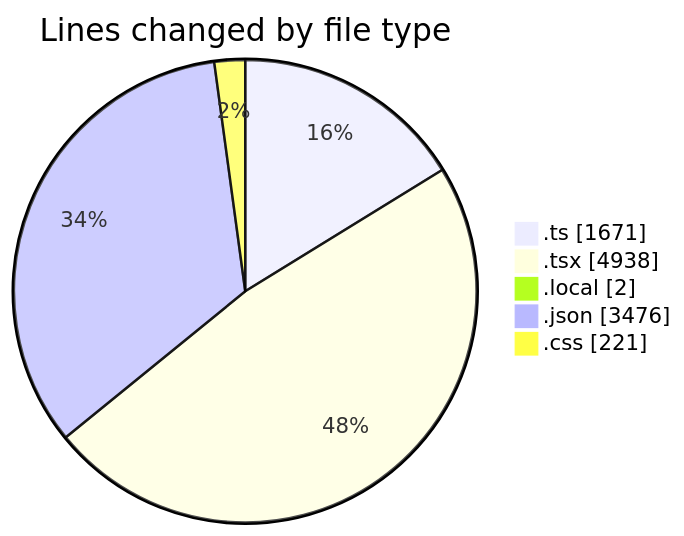
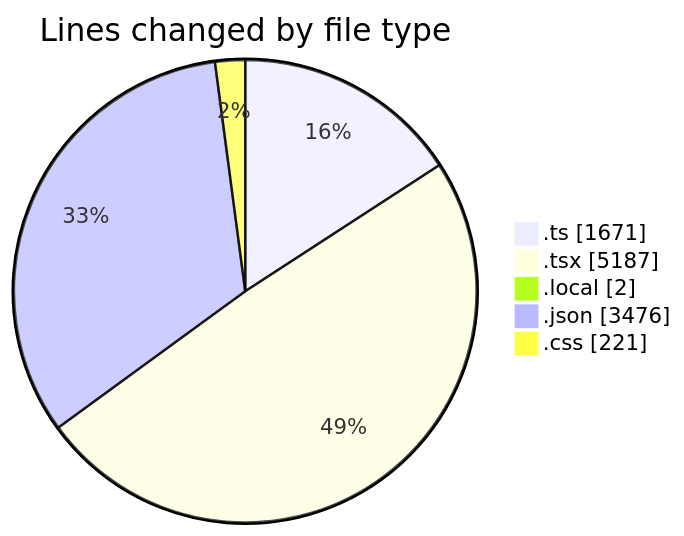
Before and after one commit to julien-gomy/code-tracking: the first of 2 diagrams in 2025-10-28/eventscop-frontend-guide__workspace_/README.md, drawn with Mermaid. The commit also changed other lines of this file and 1 other file, not shown here.

````diff
--- a/2025-10-28/eventscop-frontend-guide__workspace_/README.md
+++ b/2025-10-28/eventscop-frontend-guide__workspace_/README.md
@@ -58,9 +58,9 @@
 ```mermaid
 pie showData
 title Lines changed by file type
 ".ts" : 1671
-".tsx" : 4938
+".tsx" : 5187
 ".local" : 2
 ".json" : 3476
 ".css" : 221
 ```
````
